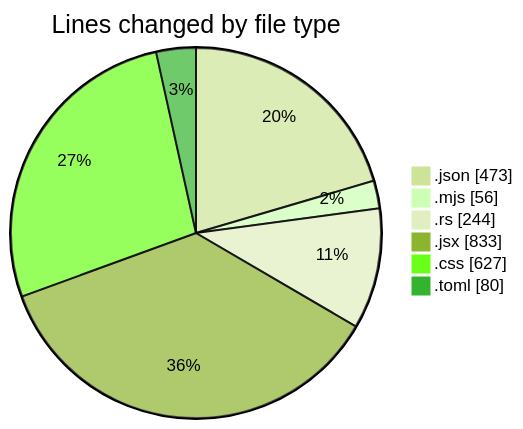
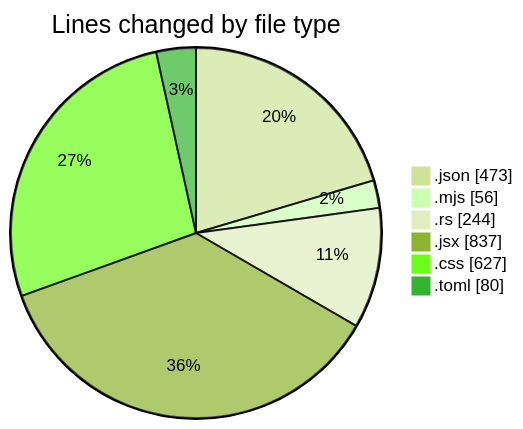
One commit to charlie-sans/code-tracking changed the first of 2 diagrams in 2025-01-28/trollerboard/README.md. Above: the diagram before and after it, drawn with Mermaid (forest theme). The commit also changed other lines of this file and 1 other file, not shown here.

````diff
--- a/2025-01-28/trollerboard/README.md
+++ b/2025-01-28/trollerboard/README.md
@@ -30,10 +30,10 @@
 ```mermaid
 pie showData
 title Lines changed by file type
 ".json" : 473
 ".mjs" : 56
 ".rs" : 244
-".jsx" : 833
+".jsx" : 837
 ".css" : 627
 ".toml" : 80
 ```
````
